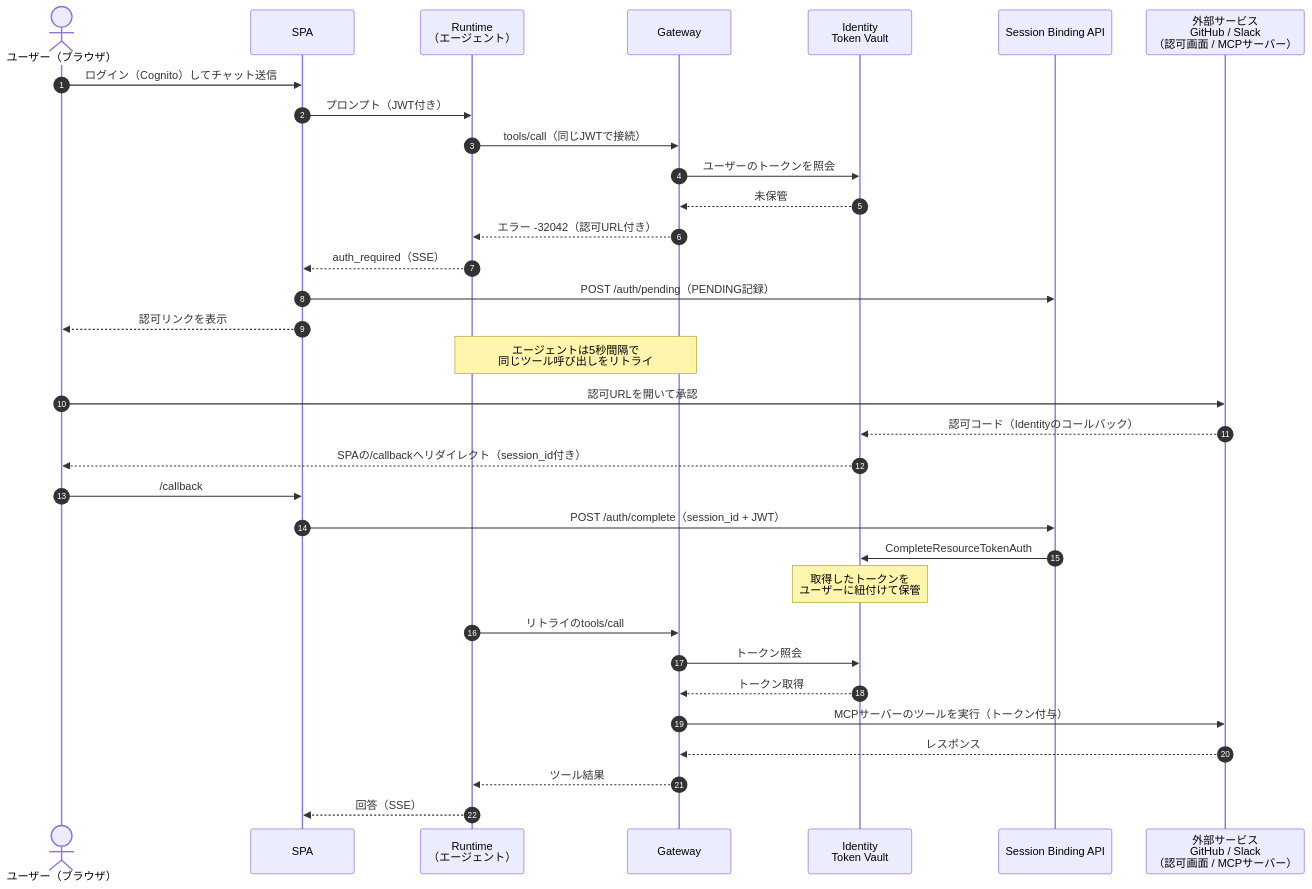
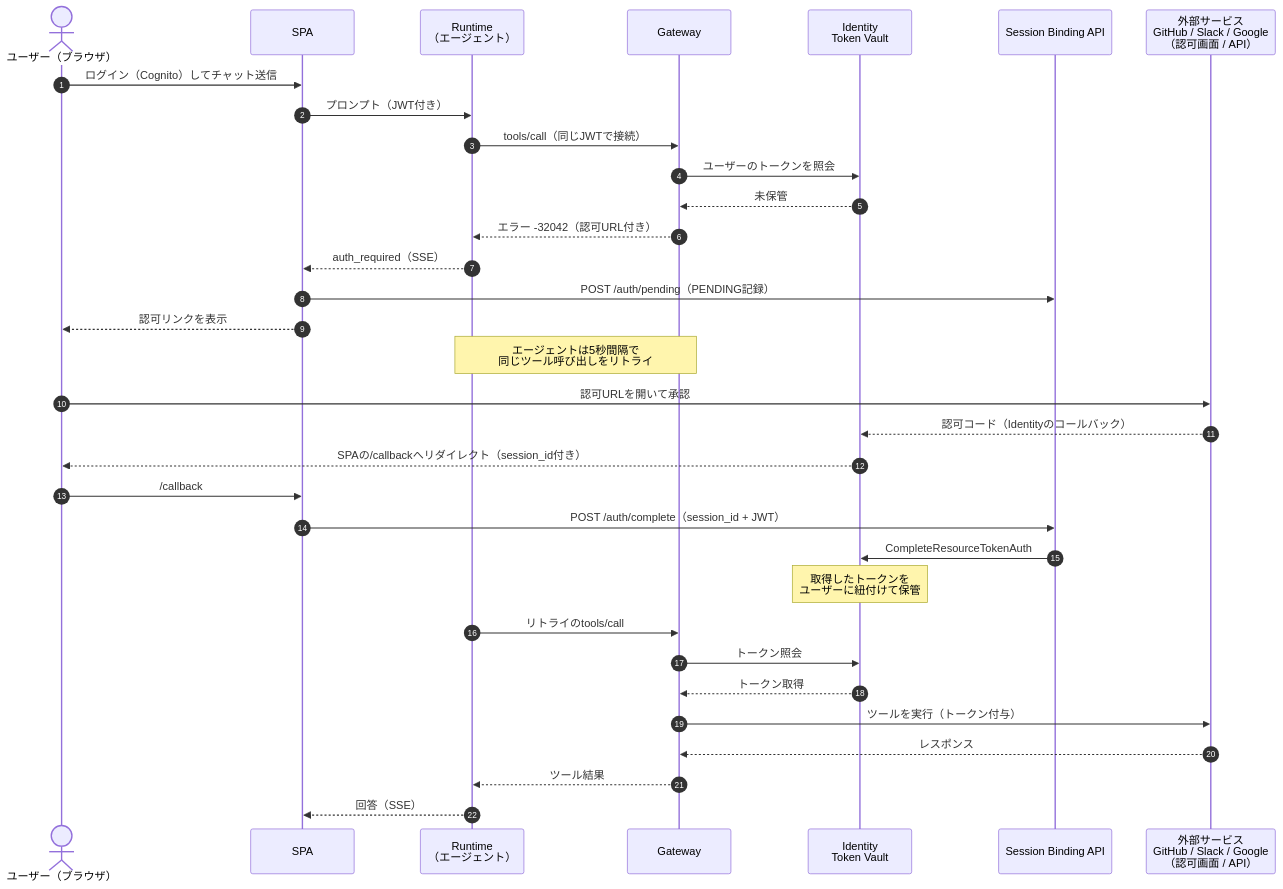
One commit to yuu551/agentcore-gateway-3lo changed the diagram in docs/architecture.md. Above: the diagram before and after it, drawn with Mermaid. The commit also changed other lines of this file and 2 other files, not shown here.

````diff
--- a/docs/architecture.md
+++ b/docs/architecture.md
@@ -9,36 +9,36 @@
 ```mermaid
 sequenceDiagram
     autonumber
     actor U as ユーザー（ブラウザ）
     participant SPA as SPA
     participant RT as Runtime<br/>（エージェント）
     participant GW as Gateway
     participant ID as Identity<br/>Token Vault
     participant SB as Session Binding API
-    participant GH as 外部サービス<br/>GitHub / Slack<br/>（認可画面 / MCPサーバー）
+    participant GH as 外部サービス<br/>GitHub / Slack / Google<br/>（認可画面 / API）
 
     U->>SPA: ログイン（Cognito）してチャット送信
     SPA->>RT: プロンプト（JWT付き）
     RT->>GW: tools/call（同じJWTで接続）
     GW->>ID: ユーザーのトークンを照会
     ID-->>GW: 未保管
     GW-->>RT: エラー -32042（認可URL付き）
     RT-->>SPA: auth_required（SSE）
     SPA->>SB: POST /auth/pending（PENDING記録）
     SPA-->>U: 認可リンクを表示
     Note over RT,GW: エージェントは5秒間隔で<br/>同じツール呼び出しをリトライ
     U->>GH: 認可URLを開いて承認
     GH-->>ID: 認可コード（Identityのコールバック）
     ID-->>U: SPAの/callbackへリダイレクト（session_id付き）
     U->>SPA: /callback
     SPA->>SB: POST /auth/complete（session_id + JWT）
     SB->>ID: CompleteResourceTokenAuth
     Note over ID: 取得したトークンを<br/>ユーザーに紐付けて保管
     RT->>GW: リトライのtools/call
     GW->>ID: トークン照会
     ID-->>GW: トークン取得
-    GW->>GH: MCPサーバーのツールを実行（トークン付与）
+    GW->>GH: ツールを実行（トークン付与）
     GH-->>GW: レスポンス
     GW-->>RT: ツール結果
     RT-->>SPA: 回答（SSE）
 ```
````
